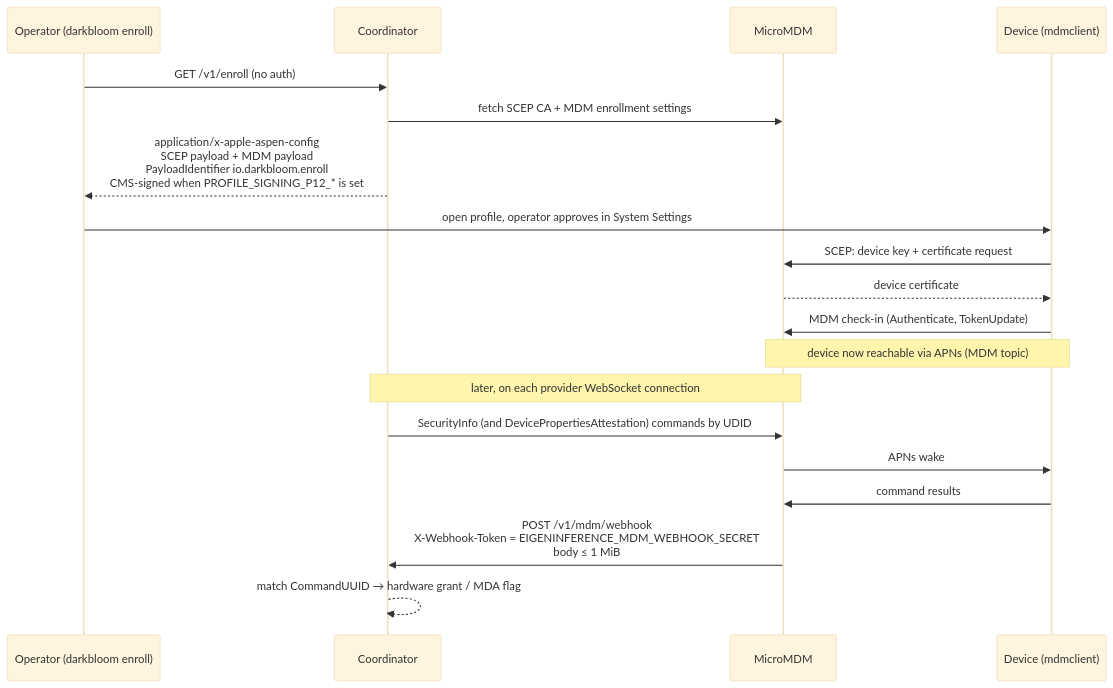
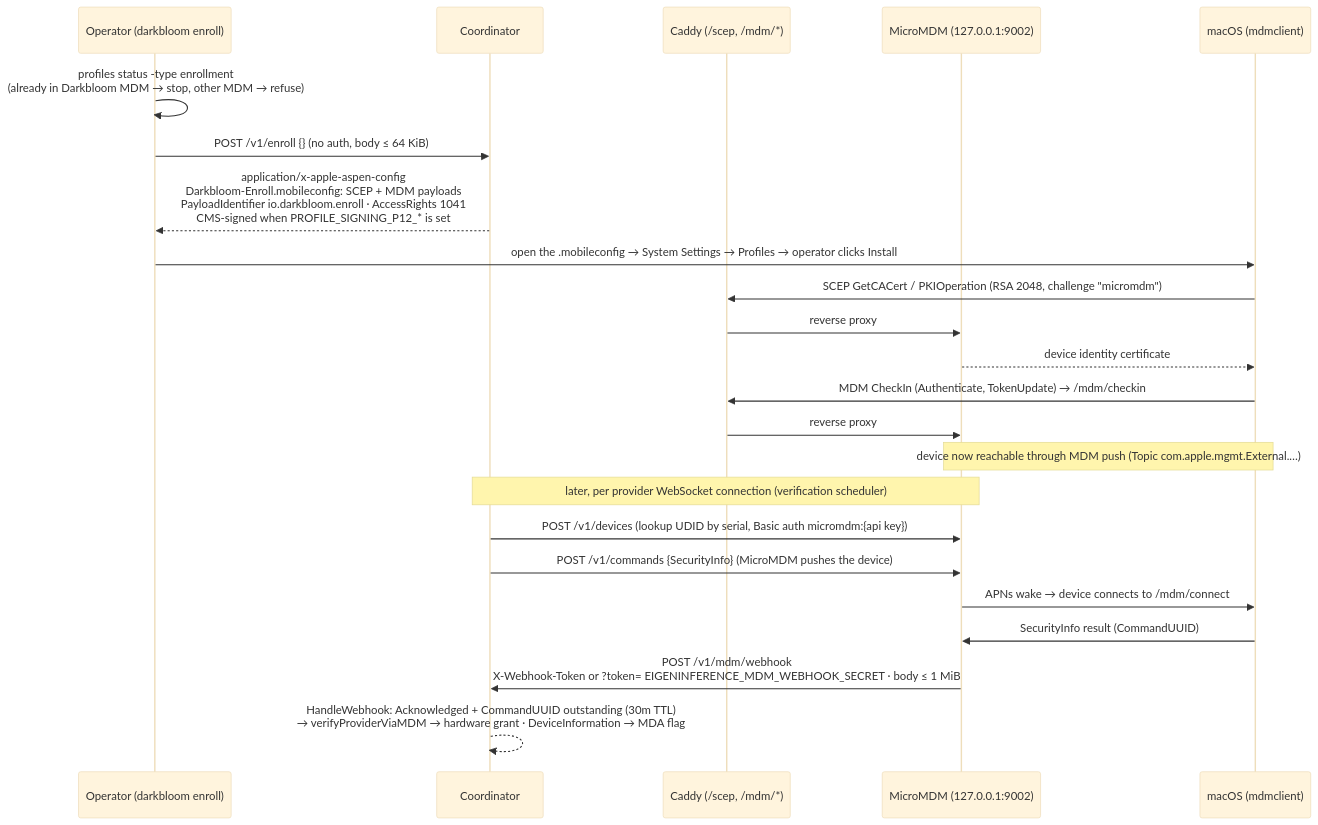
One commit to Layr-Labs/d-inference changed the diagram in docs/assets/diagrams/enrollment-flow.mmd. Above: the diagram before and after it, drawn with Mermaid (base theme). The commit also changed 18 other files, not shown here.

First line of the commit message:
docs(security): rewrite encryption, attestation, enrollment, identity-binding from code; merge provider/security-model.md into provider/attestation.md

```diff
--- a/docs/assets/diagrams/enrollment-flow.mmd
+++ b/docs/assets/diagrams/enrollment-flow.mmd
@@ -1,23 +1,29 @@
-%% MDM enrollment as built at 5d400cf75. Source of truth for enrollment-flow.svg;
+%% MDM enrollment as built at c5c404fca. Source of truth for enrollment-flow.svg;
 %% re-render after editing: mmdc -i enrollment-flow.mmd -o enrollment-flow.svg
+%% Symbols: coordinator/api/enroll.go, coordinator/api/server.go (HandleMDMWebhook),
+%% coordinator/mdm/mdm.go, provider-swift/Sources/ProviderCore/Auth/Enrollment.swift.
 sequenceDiagram
     participant O as Operator (darkbloom enroll)
     participant K as Coordinator
-    participant M as MicroMDM
-    participant D as Device (mdmclient)
+    participant X as Caddy (/scep, /mdm/*)
+    participant M as MicroMDM (127.0.0.1:9002)
+    participant D as macOS (mdmclient)
 
-    O->>K: GET /v1/enroll (no auth)
-    K->>M: fetch SCEP CA + MDM enrollment settings
-    K-->>O: application/x-apple-aspen-config<br/>SCEP payload + MDM payload<br/>PayloadIdentifier io.darkbloom.enroll<br/>CMS-signed when PROFILE_SIGNING_P12_* is set
-    O->>D: open profile, operator approves in System Settings
-    D->>M: SCEP: device key + certificate request
-    M-->>D: device certificate
-    D->>M: MDM check-in (Authenticate, TokenUpdate)
-    Note over D,M: device now reachable via APNs (MDM topic)
+    O->>O: profiles status -type enrollment<br/>(already in Darkbloom MDM → stop, other MDM → refuse)
+    O->>K: POST /v1/enroll {} (no auth, body ≤ 64 KiB)
+    K-->>O: application/x-apple-aspen-config<br/>Darkbloom-Enroll.mobileconfig: SCEP + MDM payloads<br/>PayloadIdentifier io.darkbloom.enroll · AccessRights 1041<br/>CMS-signed when PROFILE_SIGNING_P12_* is set
+    O->>D: open the .mobileconfig → System Settings → Profiles → operator clicks Install
+    D->>X: SCEP GetCACert / PKIOperation (RSA 2048, challenge "micromdm")
+    X->>M: reverse proxy
+    M-->>D: device identity certificate
+    D->>X: MDM CheckIn (Authenticate, TokenUpdate) → /mdm/checkin
+    X->>M: reverse proxy
+    Note over D,M: device now reachable through MDM push (Topic com.apple.mgmt.External.…)
 
-    Note over K,M: later, on each provider WebSocket connection
-    K->>M: SecurityInfo (and DevicePropertiesAttestation) commands by UDID
-    M->>D: APNs wake
-    D->>M: command results
-    M->>K: POST /v1/mdm/webhook<br/>X-Webhook-Token = EIGENINFERENCE_MDM_WEBHOOK_SECRET<br/>body ≤ 1 MiB
-    K-->>K: match CommandUUID → hardware grant / MDA flag
+    Note over K,M: later, per provider WebSocket connection (verification scheduler)
+    K->>M: POST /v1/devices (lookup UDID by serial, Basic auth micromdm:{api key})
+    K->>M: POST /v1/commands {SecurityInfo} (MicroMDM pushes the device)
+    M->>D: APNs wake → device connects to /mdm/connect
+    D->>M: SecurityInfo result (CommandUUID)
+    M->>K: POST /v1/mdm/webhook<br/>X-Webhook-Token or ?token= EIGENINFERENCE_MDM_WEBHOOK_SECRET · body ≤ 1 MiB
+    K-->>K: HandleWebhook: Acknowledged + CommandUUID outstanding (30m TTL)<br/>→ verifyProviderViaMDM → hardware grant · DeviceInformation → MDA flag
```
